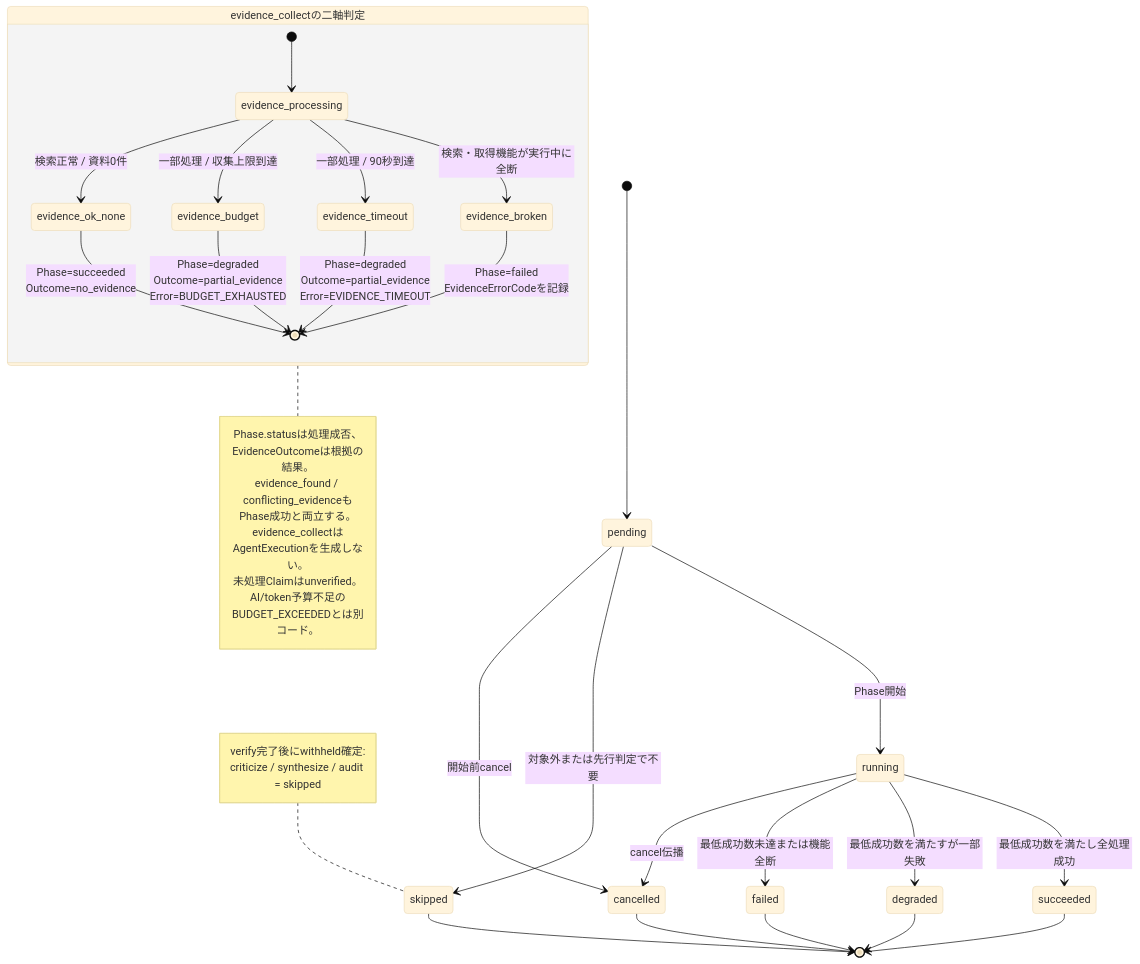
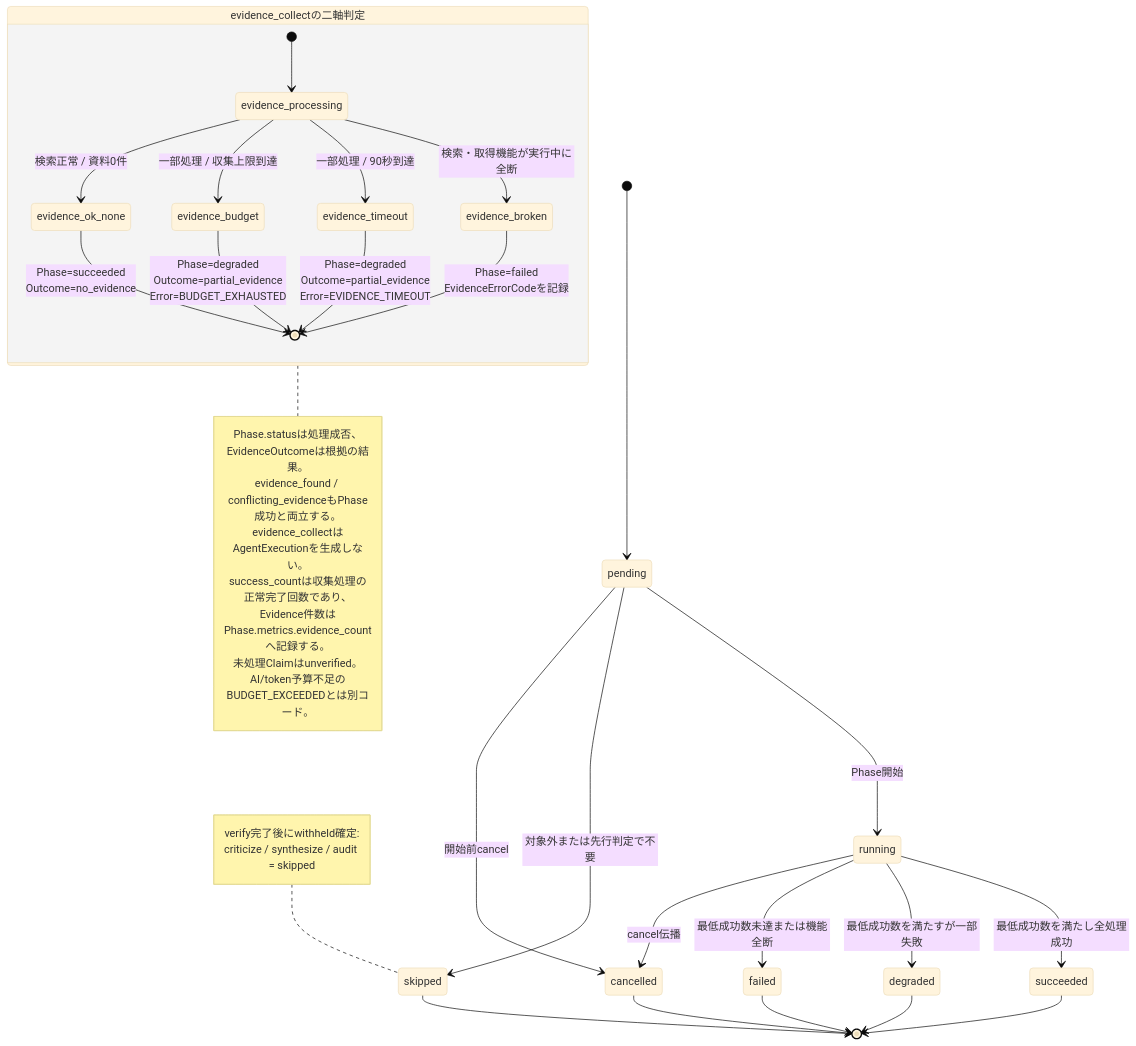
Before and after one commit to garyohosu/OracleCouncil: the second of 6 diagrams in STATE.md, drawn with Mermaid (base theme). The commit also changed 14 other files, not shown here.

````diff
--- a/STATE.md
+++ b/STATE.md
@@ -59,42 +59,44 @@
 ```mermaid
 stateDiagram-v2
     [*] --> pending
     pending --> running: Phase開始
     pending --> skipped: 対象外または先行判定で不要
     pending --> cancelled: 開始前cancel
 
     running --> succeeded: 最低成功数を満たし全処理成功
     running --> degraded: 最低成功数を満たすが一部失敗
     running --> failed: 最低成功数未達または機能全断
     running --> cancelled: cancel伝播
 
     succeeded --> [*]
     degraded --> [*]
     failed --> [*]
     skipped --> [*]
     cancelled --> [*]
 
     state "evidence_collectの二軸判定" as evidence_collect {
         [*] --> evidence_processing
         evidence_processing --> evidence_ok_none: 検索正常 / 資料0件
         evidence_processing --> evidence_budget: 一部処理 / 収集上限到達
         evidence_processing --> evidence_timeout: 一部処理 / 90秒到達
         evidence_processing --> evidence_broken: 検索・取得機能が実行中に全断
         evidence_ok_none --> [*]: Phase=succeeded<br/>Outcome=no_evidence
         evidence_budget --> [*]: Phase=degraded<br/>Outcome=partial_evidence<br/>Error=BUDGET_EXHAUSTED
         evidence_timeout --> [*]: Phase=degraded<br/>Outcome=partial_evidence<br/>Error=EVIDENCE_TIMEOUT
         evidence_broken --> [*]: Phase=failed<br/>EvidenceErrorCodeを記録
     }
 
     note right of evidence_collect
       Phase.statusは処理成否、EvidenceOutcomeは根拠の結果。
       evidence_found / conflicting_evidenceもPhase成功と両立する。
       evidence_collectはAgentExecutionを生成しない。
+      success_countは収集処理の正常完了回数であり、
+      Evidence件数はPhase.metrics.evidence_countへ記録する。
       未処理Claimはunverified。
       AI/token予算不足のBUDGET_EXCEEDEDとは別コード。
     end note
     note left of skipped
       verify完了後にwithheld確定:
       criticize / synthesize / audit = skipped
     end note
 ```
````
